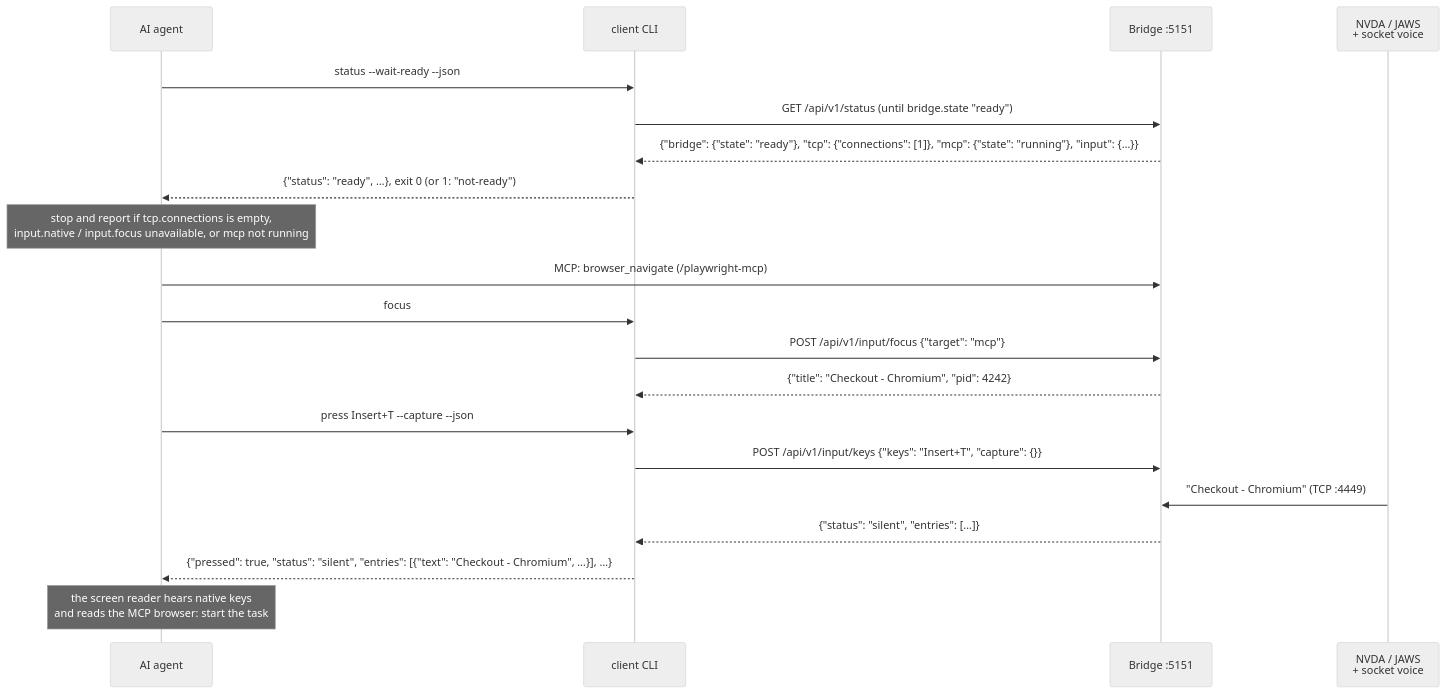
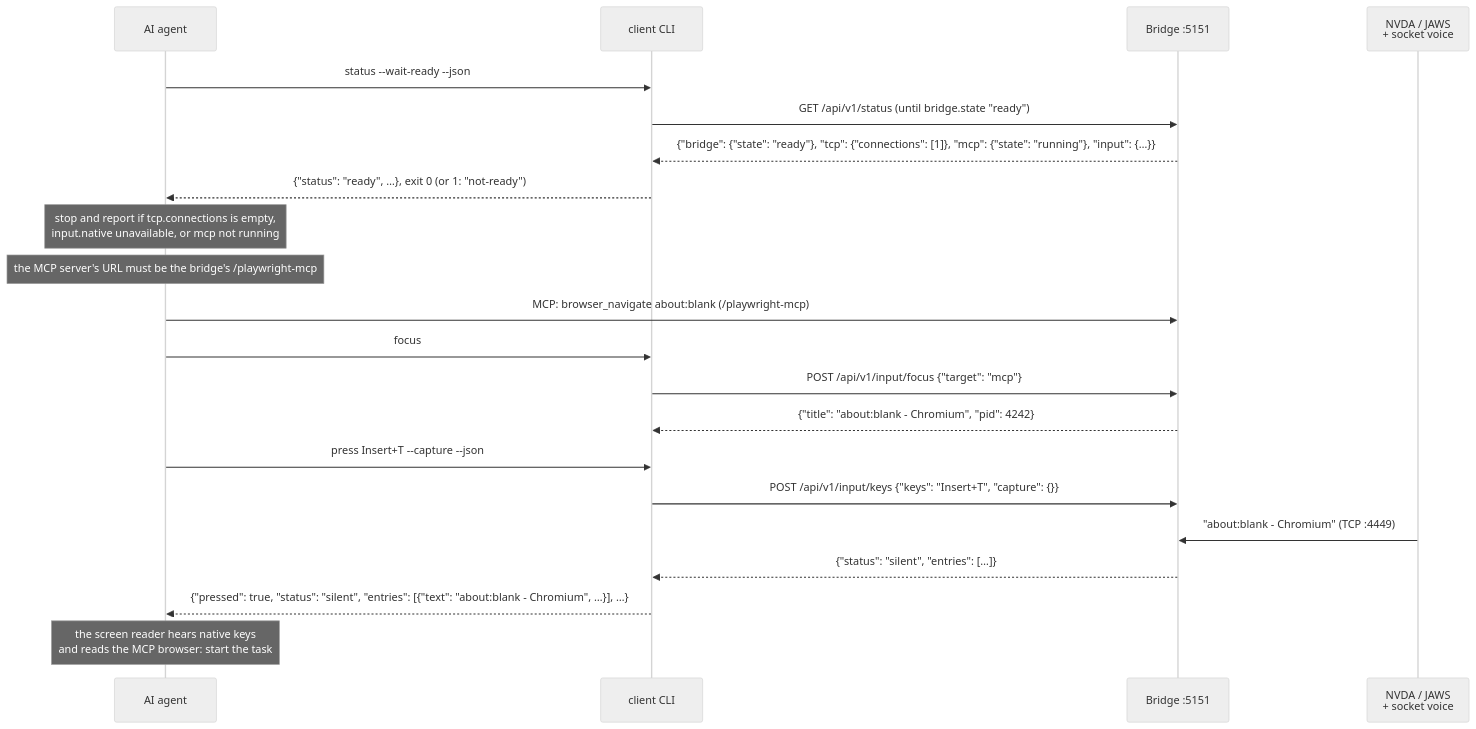
Before and after one commit to TimoSto/screenreader-speech-capture: the first of 4 diagrams in docs/usage/flows/agents.md, drawn with Mermaid (neutral theme). The commit also changed other lines of this file and 6 other files, not shown here.

````diff
--- a/docs/usage/flows/agents.md
+++ b/docs/usage/flows/agents.md
@@ -21,23 +22,24 @@
 ```mermaid
 sequenceDiagram
     participant A as AI agent
     participant CLI as client CLI
     participant B as Bridge :5151
     participant SR as NVDA / JAWS<br/>+ socket voice
 
     A->>CLI: status --wait-ready --json
     CLI->>B: GET /api/v1/status (until bridge.state "ready")
     B-->>CLI: {"bridge": {"state": "ready"}, "tcp": {"connections": [1]}, "mcp": {"state": "running"}, "input": {…}}
     CLI-->>A: {"status": "ready", …}, exit 0 (or 1: "not-ready")
-    Note over A: stop and report if tcp.connections is empty,<br/>input.native / input.focus unavailable, or mcp not running
-    A->>B: MCP: browser_navigate (/playwright-mcp)
+    Note over A: stop and report if tcp.connections is empty,<br/>input.native unavailable, or mcp not running
+    Note over A: the MCP server's URL must be the bridge's /playwright-mcp
+    A->>B: MCP: browser_navigate about:blank (/playwright-mcp)
     A->>CLI: focus
     CLI->>B: POST /api/v1/input/focus {"target": "mcp"}
-    B-->>CLI: {"title": "Checkout - Chromium", "pid": 4242}
+    B-->>CLI: {"title": "about:blank - Chromium", "pid": 4242}
     A->>CLI: press Insert+T --capture --json
     CLI->>B: POST /api/v1/input/keys {"keys": "Insert+T", "capture": {}}
-    SR->>B: "Checkout - Chromium" (TCP :4449)
+    SR->>B: "about:blank - Chromium" (TCP :4449)
     B-->>CLI: {"status": "silent", "entries": […]}
-    CLI-->>A: {"pressed": true, "status": "silent", "entries": [{"text": "Checkout - Chromium", …}], …}
+    CLI-->>A: {"pressed": true, "status": "silent", "entries": [{"text": "about:blank - Chromium", …}], …}
     Note over A: the screen reader hears native keys<br/>and reads the MCP browser: start the task
 ```
````
